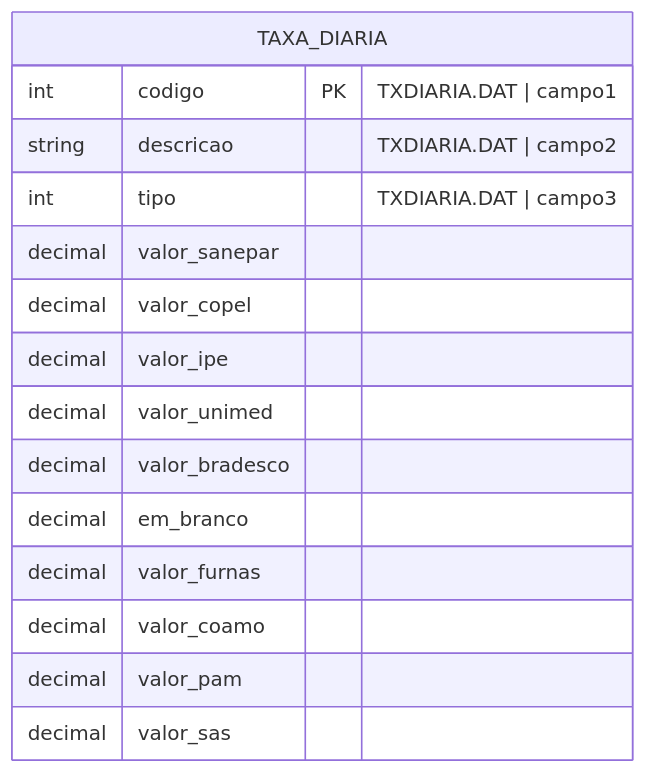
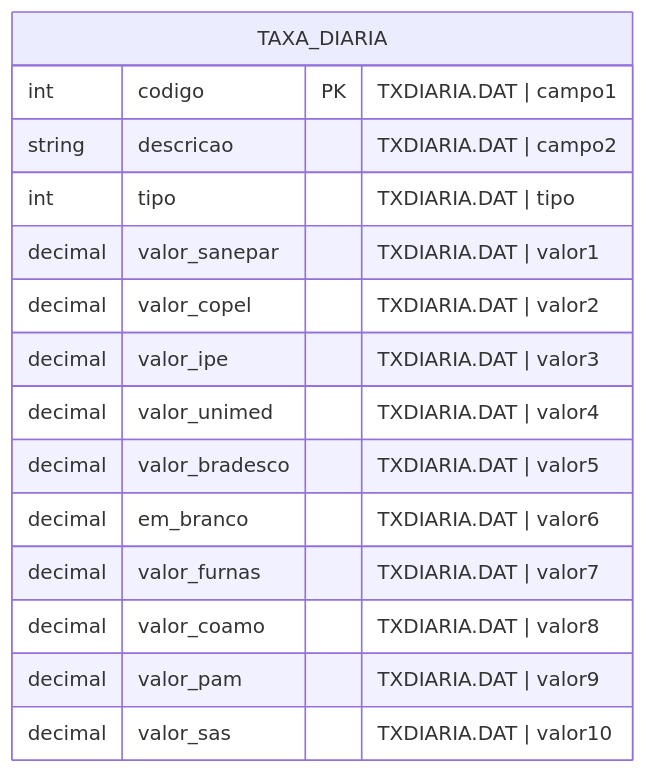
The diagram in Módulos/Financeiro/Entidades/Diárias e Taxas (TXDIARIA.DAT).md (Nicolas-CustomCode/refactor-hospital-maternidade), drawn with Mermaid before and after one commit. The commit also changed 6 other files, not shown here.

````diff
--- a/Módulos/Financeiro/Entidades/Diárias e Taxas (TXDIARIA.DAT).md
+++ b/Módulos/Financeiro/Entidades/Diárias e Taxas (TXDIARIA.DAT).md
@@ -9,19 +9,19 @@
 ```mermaid
 erDiagram
 
 TAXA_DIARIA {
 	int codigo PK "TXDIARIA.DAT | campo1"
 	string descricao "TXDIARIA.DAT | campo2"
-	int tipo "TXDIARIA.DAT | campo3"
-	decimal valor_sanepar
-	decimal valor_copel
-	decimal valor_ipe
-	decimal valor_unimed
-	decimal valor_bradesco
-	decimal em_branco
-	decimal valor_furnas
-	decimal valor_coamo
-	decimal valor_pam
-	decimal valor_sas
+	int tipo "TXDIARIA.DAT | tipo"
+	decimal valor_sanepar "TXDIARIA.DAT | valor1"
+	decimal valor_copel "TXDIARIA.DAT | valor2"
+	decimal valor_ipe "TXDIARIA.DAT | valor3"
+	decimal valor_unimed "TXDIARIA.DAT | valor4"
+	decimal valor_bradesco "TXDIARIA.DAT | valor5"
+	decimal em_branco "TXDIARIA.DAT | valor6"
+	decimal valor_furnas "TXDIARIA.DAT | valor7"
+	decimal valor_coamo "TXDIARIA.DAT | valor8"
+	decimal valor_pam "TXDIARIA.DAT | valor9"
+	decimal valor_sas "TXDIARIA.DAT | valor10"
 }
 ```
````
